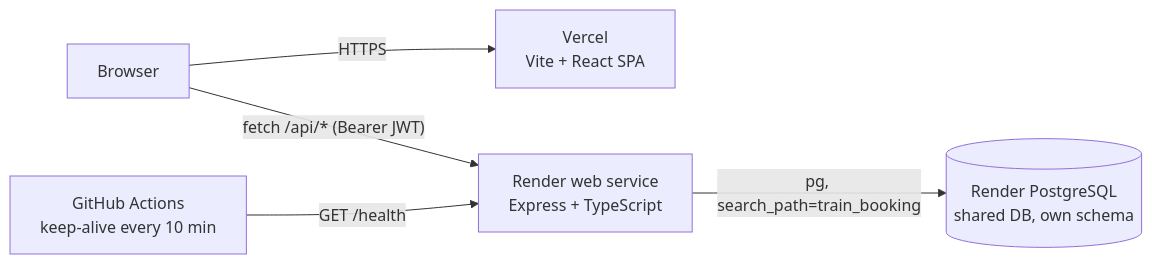
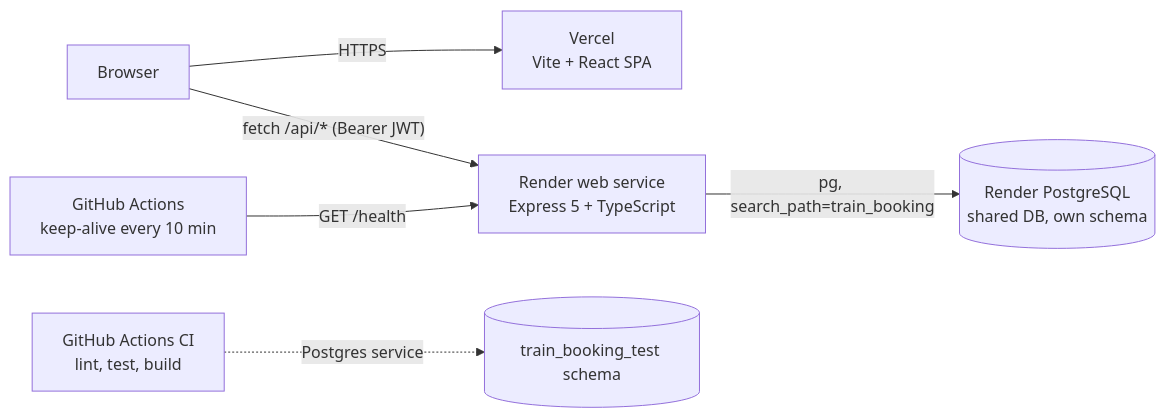
One commit to HarshBathija-04/Train-Ticket-Booking changed the diagram in README.md. Above: the diagram before and after it, drawn with Mermaid. The commit also changed other lines of this file, not shown here.

````diff
--- a/README.md
+++ b/README.md
@@ -32,7 +34,8 @@
 ```mermaid
 flowchart LR
   U[Browser] -->|HTTPS| V[Vercel<br/>Vite + React SPA]
-  U -->|"fetch /api/* (Bearer JWT)"| R[Render web service<br/>Express + TypeScript]
+  U -->|"fetch /api/* (Bearer JWT)"| R[Render web service<br/>Express 5 + TypeScript]
   R -->|"pg, search_path=train_booking"| P[(Render PostgreSQL<br/>shared DB, own schema)]
   GH[GitHub Actions<br/>keep-alive every 10 min] -->|GET /health| R
+  CI[GitHub Actions CI<br/>lint, test, build] -.->|Postgres service| T[(train_booking_test schema)]
 ```
````
